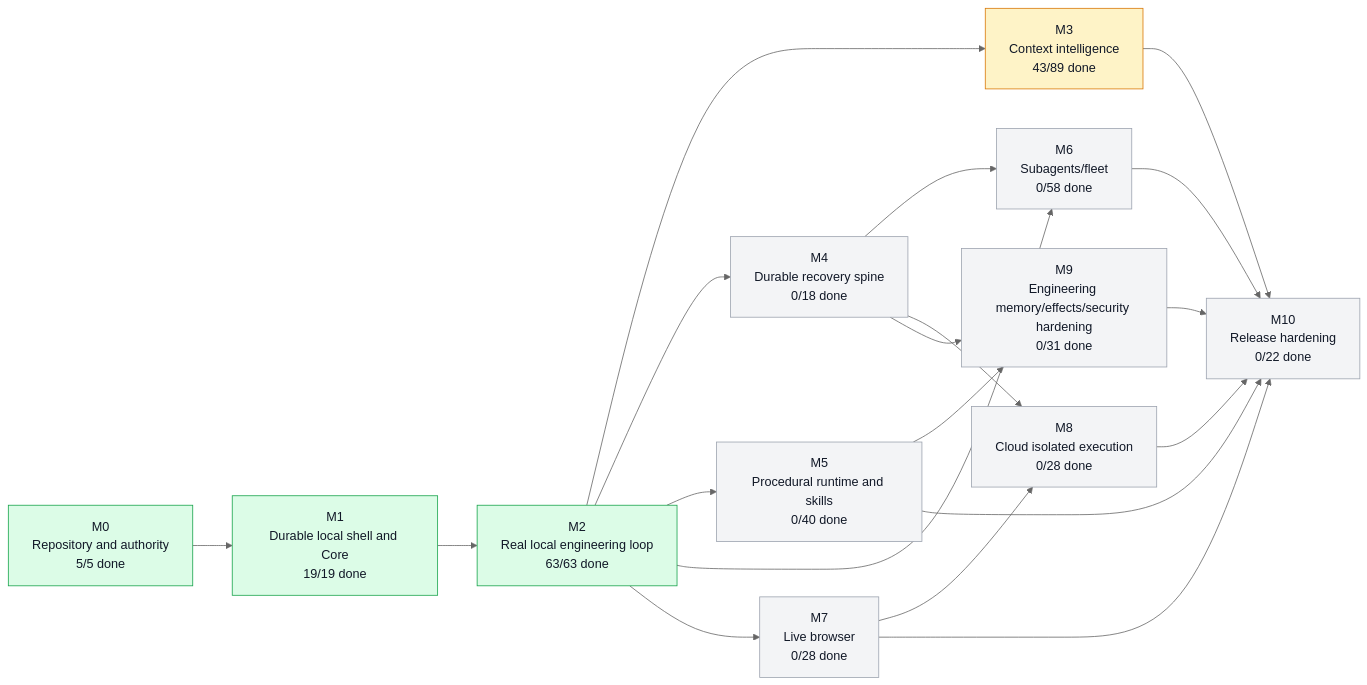
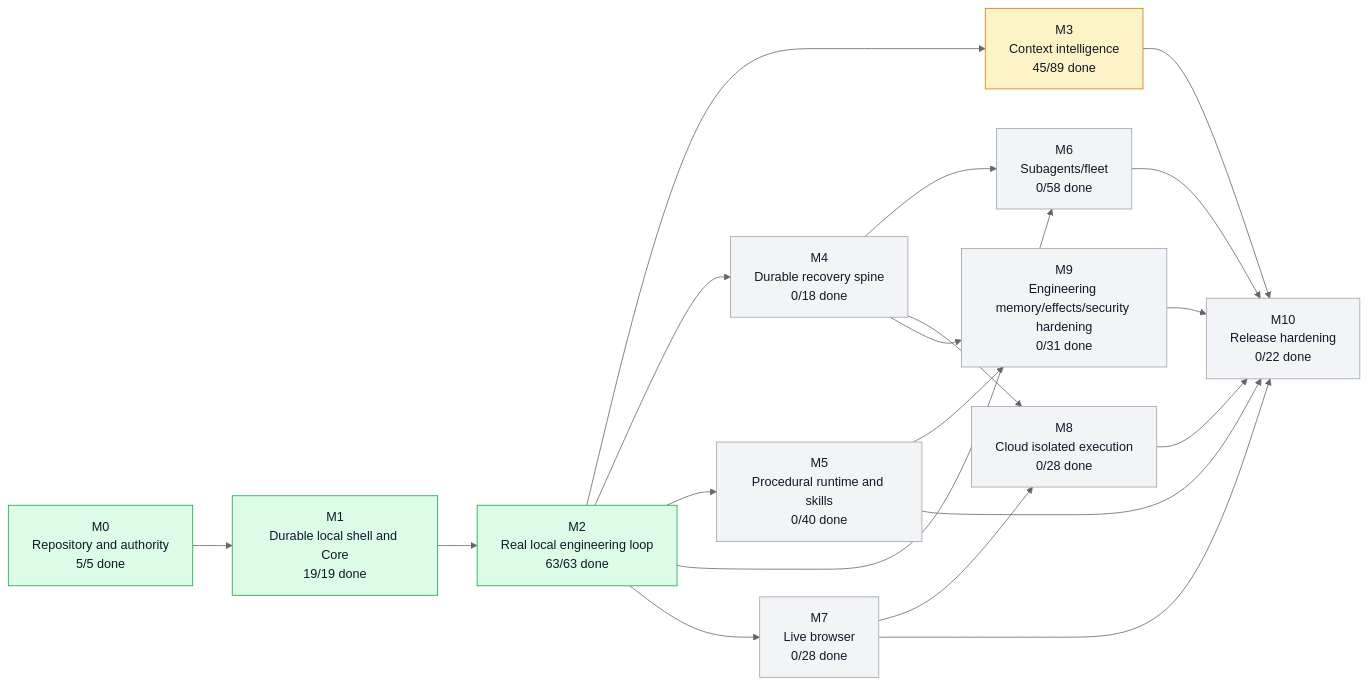
One commit to moss101/modbit changed the first of 5 diagrams in graph/PROJECT_GRAPH.md. Above: the diagram before and after it, drawn with Mermaid (neutral theme). The commit also changed other lines of this file and 9 other files, not shown here.

````diff
--- a/graph/PROJECT_GRAPH.md
+++ b/graph/PROJECT_GRAPH.md
@@ -57,43 +57,43 @@
 ```mermaid
 flowchart LR
   M0["M0<br/>Repository and authority<br/>5/5 done"]
   M1["M1<br/>Durable local shell and Core<br/>19/19 done"]
   M2["M2<br/>Real local engineering loop<br/>63/63 done"]
-  M3["M3<br/>Context intelligence<br/>43/89 done"]
+  M3["M3<br/>Context intelligence<br/>45/89 done"]
   M4["M4<br/>Durable recovery spine<br/>0/18 done"]
   M5["M5<br/>Procedural runtime and skills<br/>0/40 done"]
   M6["M6<br/>Subagents/fleet<br/>0/58 done"]
   M7["M7<br/>Live browser<br/>0/28 done"]
   M8["M8<br/>Cloud isolated execution<br/>0/28 done"]
   M9["M9<br/>Engineering memory/effects/security hardening<br/>0/31 done"]
   M10["M10<br/>Release hardening<br/>0/22 done"]
   M0 --> M1
   M1 --> M2
   M2 --> M3
   M2 --> M4
   M2 --> M5
   M2 --> M6
   M4 --> M6
   M2 --> M7
   M4 --> M8
   M7 --> M8
   M4 --> M9
   M5 --> M9
   M3 --> M10
   M5 --> M10
   M6 --> M10
   M7 --> M10
   M8 --> M10
   M9 --> M10
   style M0 fill:#dcfce7,stroke:#16a34a,color:#111827
   style M1 fill:#dcfce7,stroke:#16a34a,color:#111827
   style M2 fill:#dcfce7,stroke:#16a34a,color:#111827
   style M3 fill:#fef3c7,stroke:#d97706,color:#111827
   style M4 fill:#f3f4f6,stroke:#9ca3af,color:#111827
   style M5 fill:#f3f4f6,stroke:#9ca3af,color:#111827
   style M6 fill:#f3f4f6,stroke:#9ca3af,color:#111827
   style M7 fill:#f3f4f6,stroke:#9ca3af,color:#111827
   style M8 fill:#f3f4f6,stroke:#9ca3af,color:#111827
   style M9 fill:#f3f4f6,stroke:#9ca3af,color:#111827
   style M10 fill:#f3f4f6,stroke:#9ca3af,color:#111827
 ```
````
